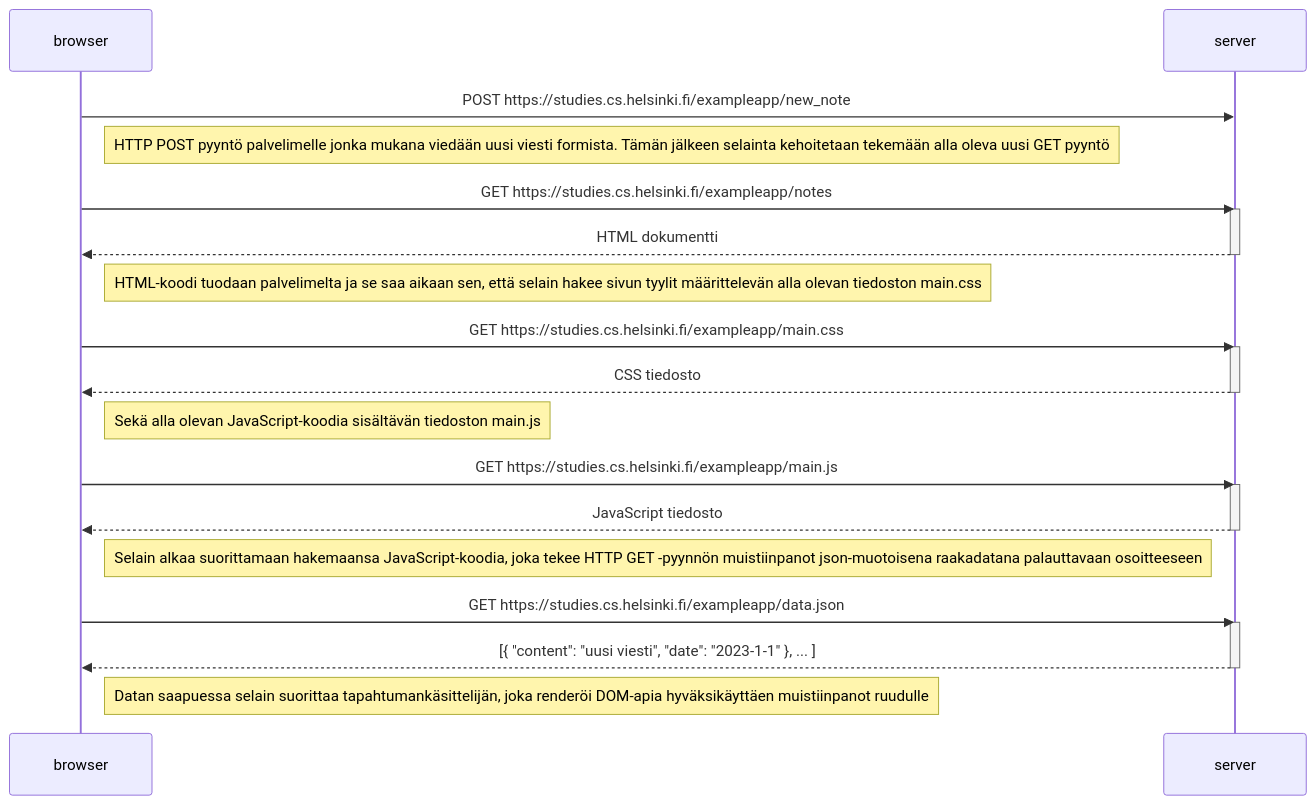
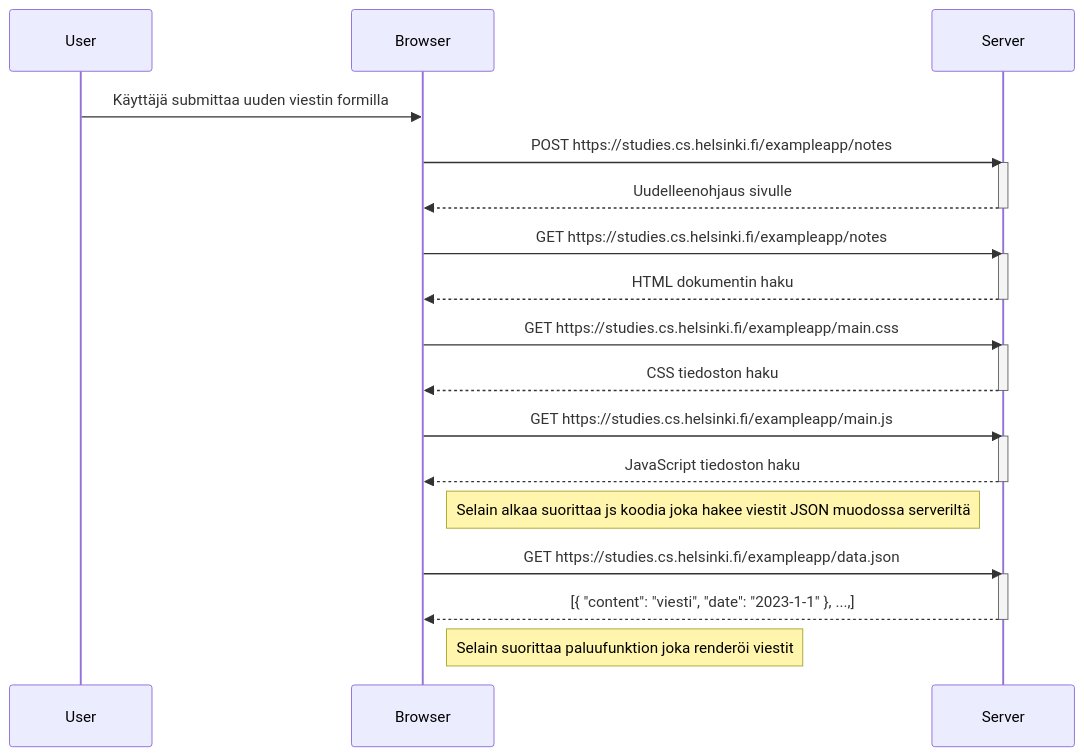
The diagram in osa0/osa0_4.md (JoonasKemppainen/full-stack-open), drawn with Mermaid before and after one commit. The commit also changed 2 other files, not shown here.

Commit message:
maybe final

````diff
--- a/osa0/osa0_4.md
+++ b/osa0/osa0_4.md
@@ -1,37 +1,29 @@
 ```mermaid
 sequenceDiagram
-    participant browser
-    participant server
+User ->> Browser: Käyttäjä submittaa uuden viestin formilla
+Browser ->> Server: POST https://studies.cs.helsinki.fi/exampleapp/notes
+    activate Server
+Server -->> Browser: Uudelleenohjaus sivulle
+    deactivate Server
+Browser ->> Server: GET https://studies.cs.helsinki.fi/exampleapp/notes
+    activate Server
+Server -->> Browser: HTML dokumentin haku
+    deactivate Server
+Browser ->> Server: GET https://studies.cs.helsinki.fi/exampleapp/main.css
+    activate Server
+Server -->> Browser: CSS tiedoston haku
+    deactivate Server
+Browser ->> Server: GET https://studies.cs.helsinki.fi/exampleapp/main.js
+    activate Server
+Server -->> Browser: JavaScript tiedoston haku
+    deactivate Server
+
+Note right of Browser: Selain alkaa suorittaa js koodia joka hakee viestit JSON muodossa serveriltä
+
+Browser ->> Server: GET https://studies.cs.helsinki.fi/exampleapp/data.json
+    activate Server
+Server -->> Browser: [{ "content": "viesti", "date": "2023-1-1" }, ...,]
+    deactivate Server
     
-    browser->>server: POST https://studies.cs.helsinki.fi/exampleapp/new_note
-
-    Note right of browser: HTTP POST pyyntö palvelimelle jonka mukana viedään uusi viesti formista. Tämän jälkeen selainta kehoitetaan tekemään alla oleva uusi GET pyyntö
-
-    browser->>server: GET https://studies.cs.helsinki.fi/exampleapp/notes
-    activate server
-    server-->>browser: HTML dokumentti
-    deactivate server
-
-    Note right of browser: HTML-koodi tuodaan palvelimelta ja se saa aikaan sen, että selain hakee sivun tyylit määrittelevän alla olevan tiedoston main.css
-    
-    browser->>server: GET https://studies.cs.helsinki.fi/exampleapp/main.css
-    activate server
-    server-->>browser: CSS tiedosto
-    deactivate server
-
-    Note right of browser: Sekä alla olevan JavaScript-koodia sisältävän tiedoston main.js
-    
-    browser->>server: GET https://studies.cs.helsinki.fi/exampleapp/main.js
-    activate server
-    server-->>browser: JavaScript tiedosto
-    deactivate server
-    
-    Note right of browser: Selain alkaa suorittamaan hakemaansa JavaScript-koodia, joka tekee HTTP GET -pyynnön muistiinpanot json-muotoisena raakadatana palauttavaan osoitteeseen
-    
-    browser->>server: GET https://studies.cs.helsinki.fi/exampleapp/data.json
-    activate server
-    server-->>browser: [{ "content": "uusi viesti", "date": "2023-1-1" }, ... ]
-    deactivate server    
-
-    Note right of browser: Datan saapuessa selain suorittaa tapahtumankäsittelijän, joka renderöi DOM-apia hyväksikäyttäen muistiinpanot ruudulle
+Note right of Browser: Selain suorittaa paluufunktion joka renderöi viestit
 ```
````
